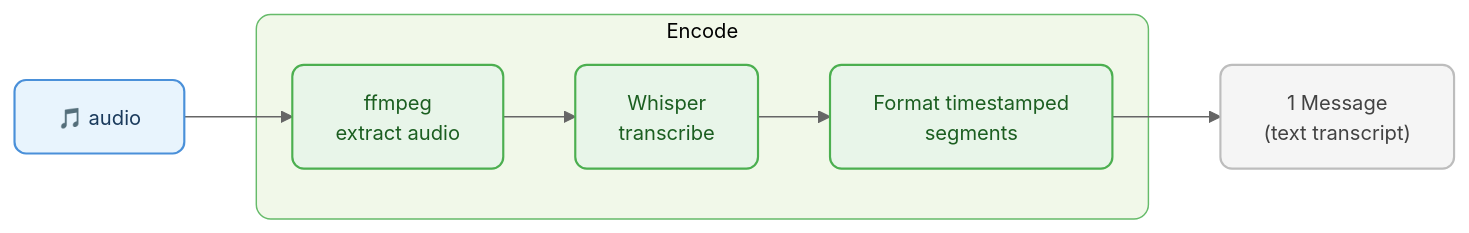
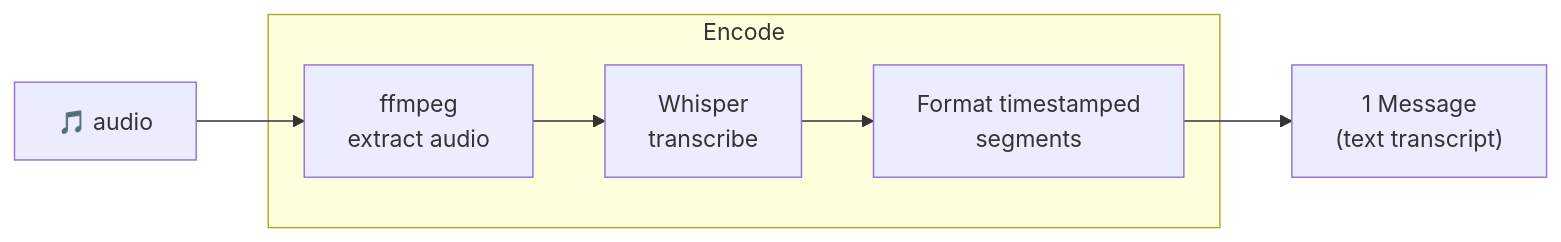
Diagram 11 of 17 in docs/ENCODERS.md (vlm-run/mm), drawn with Mermaid before and after one commit. The commit also changed other lines of this file and 3 other files, not shown here.

````diff
--- a/docs/ENCODERS.md
+++ b/docs/ENCODERS.md
@@ -323,21 +253,14 @@
 ```mermaid
-%%{init: {'theme': 'base', 'themeVariables': { 'fontSize': '14px', 'primaryColor': '#e8f4fd', 'primaryBorderColor': '#4a90d9', 'lineColor': '#666'}}}%%
 graph LR
-  audio["🎵 audio"]:::input
+  audio["🎵 audio"]
 
   subgraph encode ["Encode"]
-    extract["ffmpeg\nextract audio"]:::encode
-    whisper["Whisper\ntranscribe"]:::encode
-    fmt["Format timestamped\nsegments"]:::encode
+    extract["ffmpeg\nextract audio"]
+    whisper["Whisper\ntranscribe"]
+    fmt["Format timestamped\nsegments"]
   end
 
-  msg["1 Message\n(text transcript)"]:::output
+  msg["1 Message\n(text transcript)"]
 
   audio --> extract --> whisper --> fmt --> msg
-
-  classDef input fill:#e8f4fd,stroke:#4a90d9,stroke-width:1.5px,color:#1a3a5c,rx:8
-  classDef encode fill:#e8f5e9,stroke:#4caf50,stroke-width:1.5px,color:#1b5e20,rx:8
-  classDef output fill:#f5f5f5,stroke:#bdbdbd,stroke-width:1.5px,color:#424242,rx:8
-
-  style encode fill:#f1f8e9,stroke:#66bb6a,stroke-width:1px,rx:10
 ```
````
